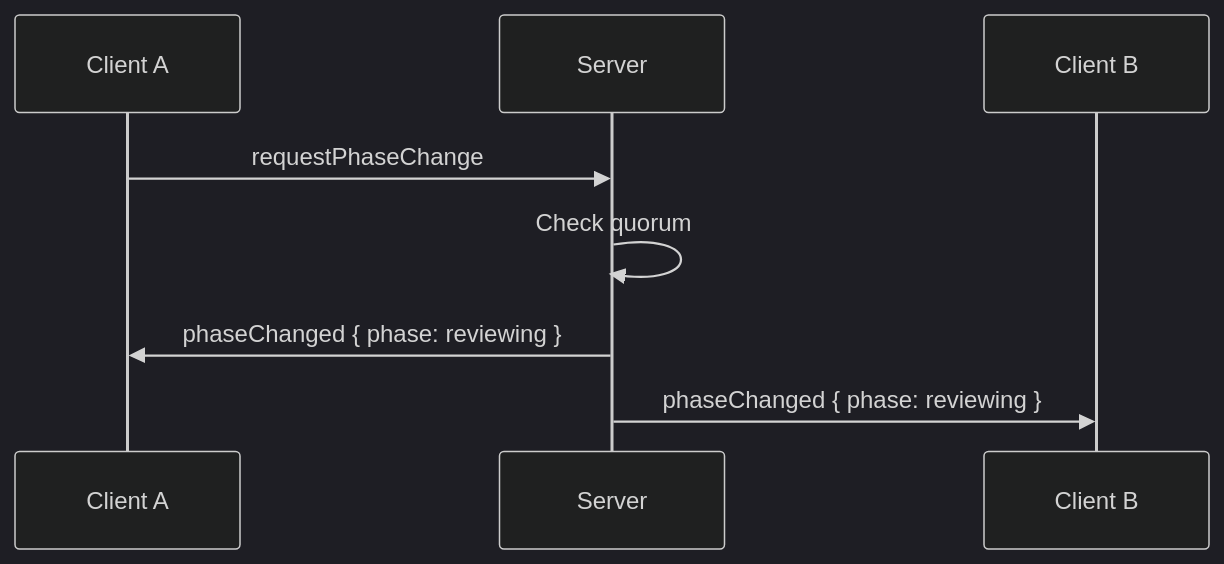
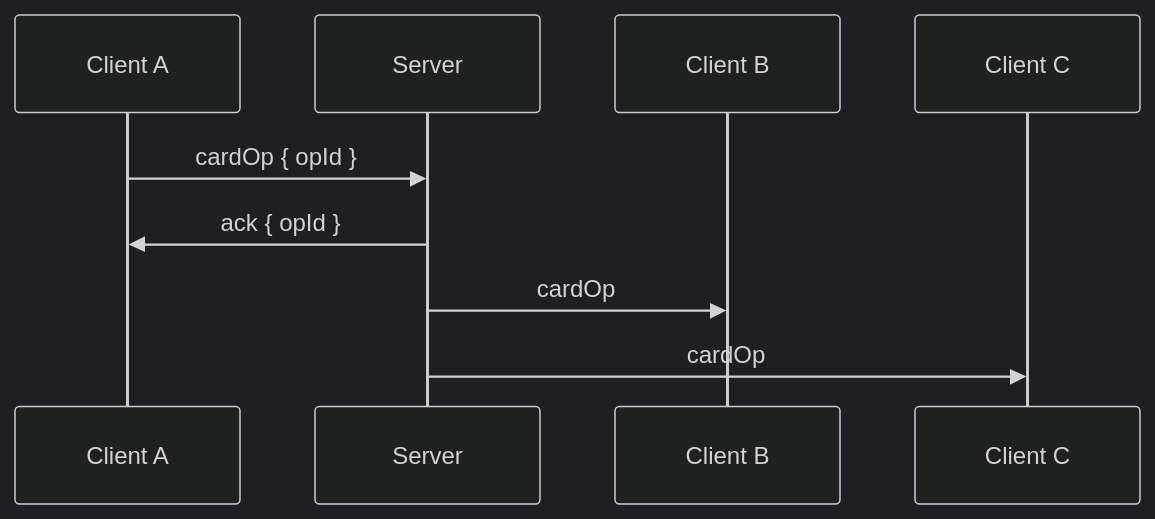
The second of 2 diagrams in docs/PROTOCOL.md (yoannchaudet/delta-board), drawn with Mermaid (dark theme) before and after one commit. The commit also changed other lines of this file and 2 other files, not shown here.

````diff
--- a/docs/PROTOCOL.md
+++ b/docs/PROTOCOL.md
@@ -95,11 +81,12 @@
 ```mermaid
 sequenceDiagram
     participant A as Client A
     participant S as Server
     participant B as Client B
+    participant C as Client C
 
-    A->>S: requestPhaseChange
-    S->>S: Check quorum
-    S->>A: phaseChanged { phase: reviewing }
-    S->>B: phaseChanged { phase: reviewing }
+    A->>S: cardOp { opId }
+    S->>A: ack { opId }
+    S->>B: cardOp
+    S->>C: cardOp
 ```
````
